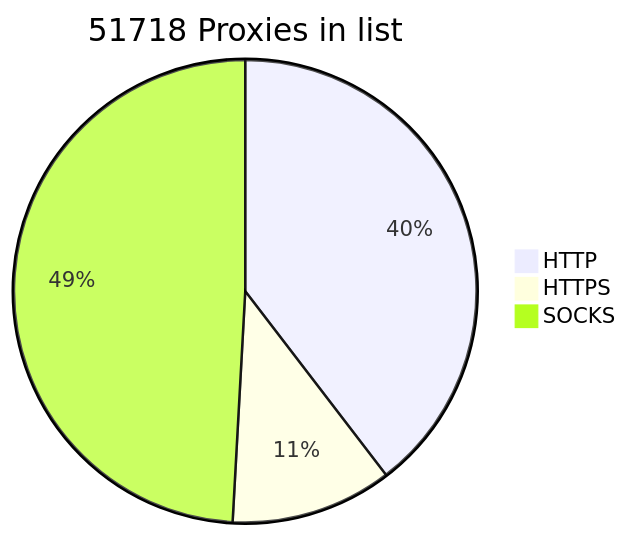
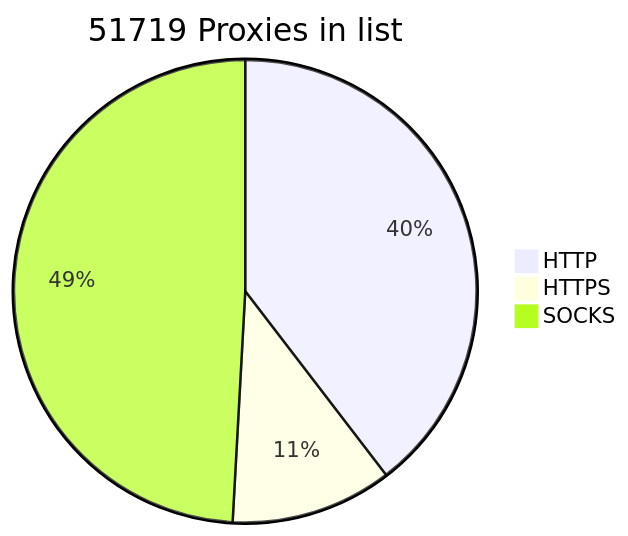
One commit to BlackSnowDot/proxylist-update-every-minute changed the diagram in README.md. Above: the diagram before and after it, drawn with Mermaid.

````diff
--- a/README.md
+++ b/README.md
@@ -2,6 +2,6 @@
 ```mermaid
-pie title 51718 Proxies in list
+pie title 51719 Proxies in list
     "HTTP" : 22749
     "HTTPS": 6482
-    "SOCKS" : 28230
+    "SOCKS" : 28231
 ```
````
